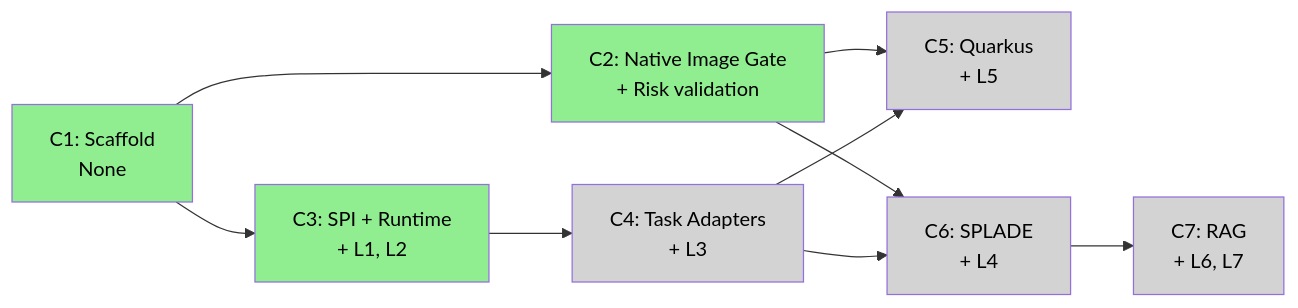
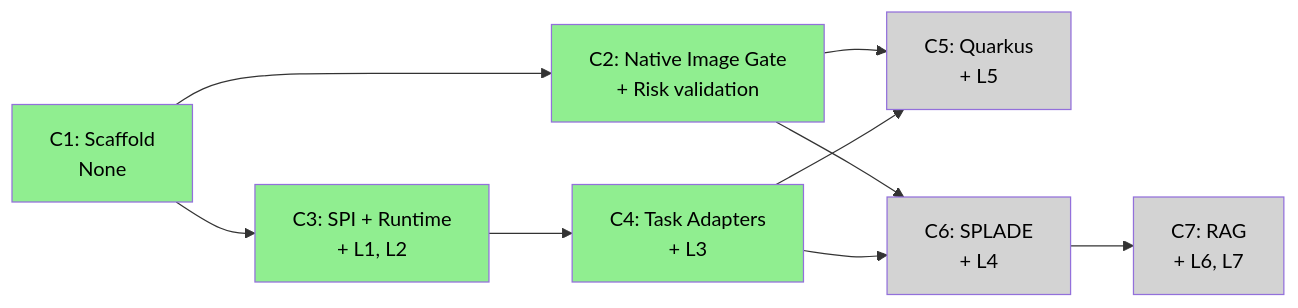
The sixth of 6 diagrams in ARC42STORIES.MD (casehubio/neocortex), drawn with Mermaid before and after one commit. The commit also changed other lines of this file and 1 other file, not shown here.

````diff
--- a/ARC42STORIES.MD
+++ b/ARC42STORIES.MD
@@ -330,19 +330,19 @@
 ```mermaid
 flowchart LR
   C1["C1: Scaffold\nNone"] --> C2["C2: Native Image Gate\n+ Risk validation"]
   C1 --> C3["C3: SPI + Runtime\n+ L1, L2"]
   C2 --> C5["C5: Quarkus\n+ L5"]
   C2 --> C6["C6: SPLADE\n+ L4"]
   C3 --> C4["C4: Task Adapters\n+ L3"]
   C4 --> C5
   C4 --> C6
   C6 --> C7["C7: RAG\n+ L6, L7"]
 
   style C1 fill:#90EE90,color:#000
   style C2 fill:#90EE90,color:#000
   style C3 fill:#90EE90,color:#000
-  style C4 fill:#D3D3D3,color:#000
+  style C4 fill:#90EE90,color:#000
   style C5 fill:#D3D3D3,color:#000
   style C6 fill:#D3D3D3,color:#000
   style C7 fill:#D3D3D3,color:#000
 ```
````
